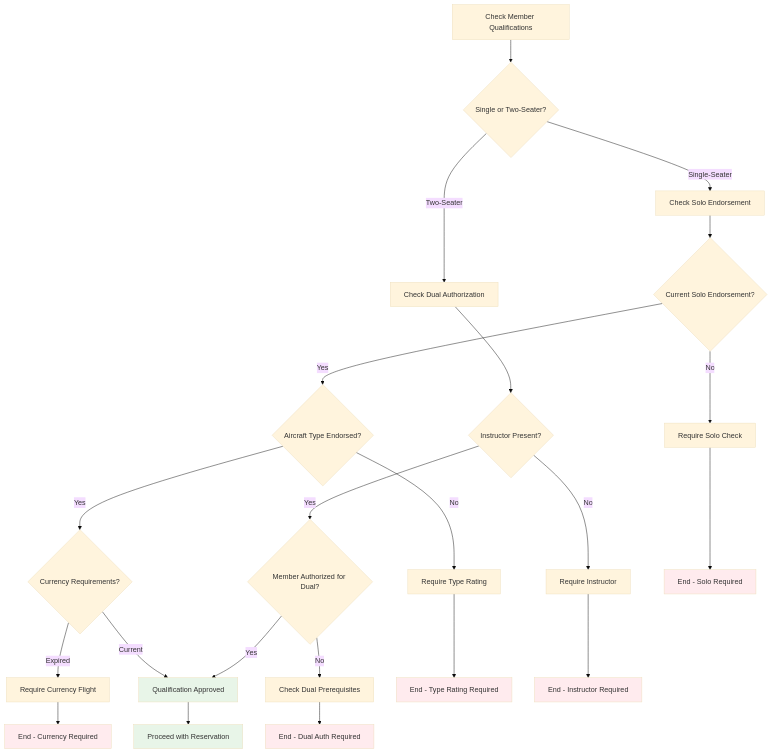
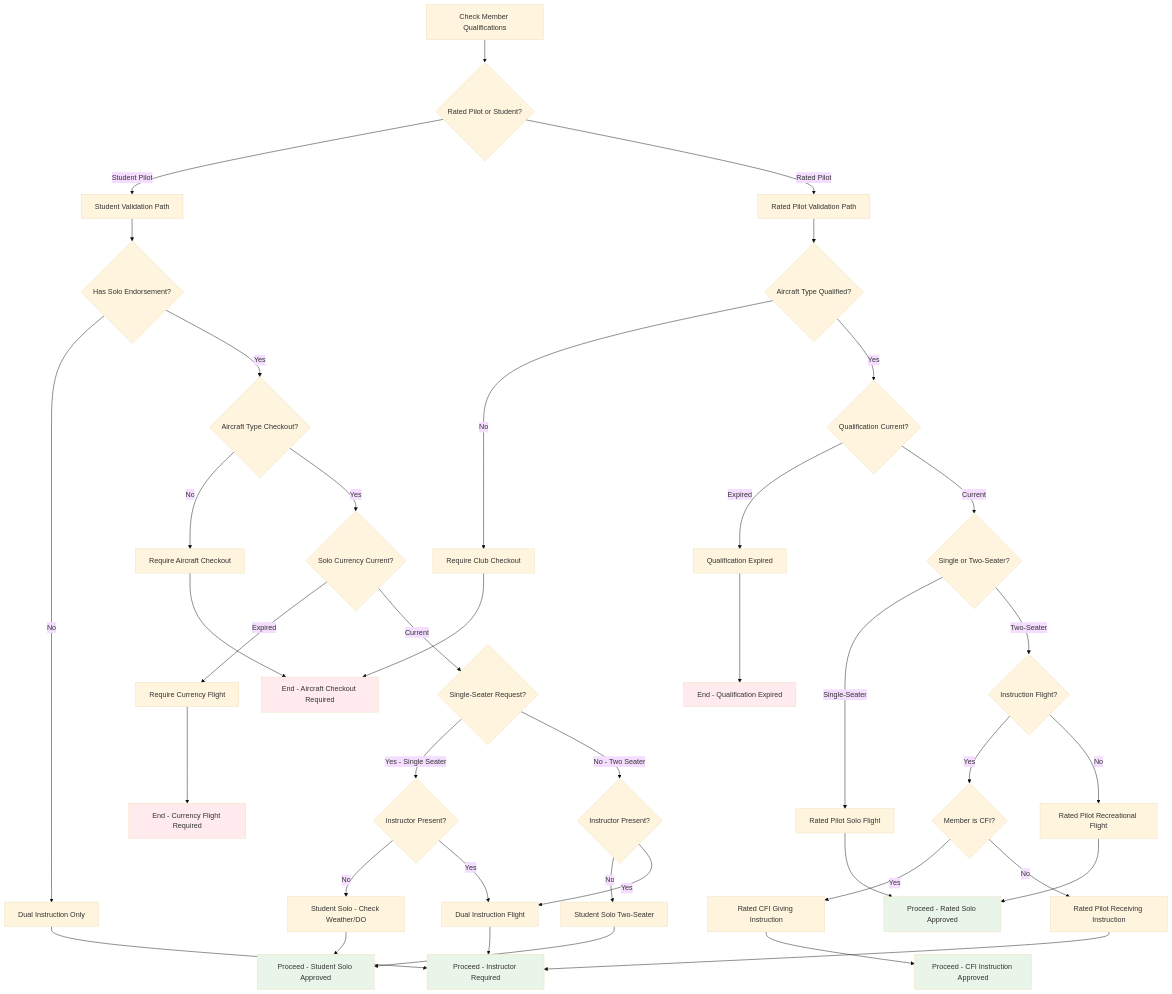
The second of 6 diagrams in docs/workflows/issue-190-glider-reservation-design.md (pietbarber/Manage2Soar), drawn with Mermaid (base theme) before and after one commit.

Commit message:
Refactor qualification validation workflow in glider reservation system to enhance clarity and detail. Update decision paths for rated pilots and student pilots, ensuring accurate checks for endorsements and instructor requirements.

````diff
--- a/docs/workflows/issue-190-glider-reservation-design.md
+++ b/docs/workflows/issue-190-glider-reservation-design.md
@@ -85,37 +85,56 @@
 ```mermaid
 flowchart TD
-    A[Check Member Qualifications] --> B{Single or Two-Seater?}
+    A[Check Member Qualifications] --> B{Rated Pilot or Student?}
     
-    B -->|Single-Seater| C[Check Solo Endorsement]
-    B -->|Two-Seater| D[Check Dual Authorization]
+    B -->|Student Pilot| C[Student Validation Path]
+    B -->|Rated Pilot| D[Rated Pilot Validation Path]
     
-    C --> E{Current Solo Endorsement?}
-    E -->|No| F[Require Solo Check]
-    E -->|Yes| G{Aircraft Type Endorsed?}
-    G -->|No| H[Require Type Rating]
-    G -->|Yes| I{Currency Requirements?}
+    C --> E{Has Solo Endorsement?}
+    E -->|No| F[Dual Instruction Only]
+    E -->|Yes| G{Aircraft Type Checkout?}
+    G -->|No| H[Require Aircraft Checkout]
+    G -->|Yes| I{Solo Currency Current?}
     I -->|Expired| J[Require Currency Flight]
-    I -->|Current| K[Qualification Approved]
+    I -->|Current| K{Single-Seater Request?}
     
-    D --> L{Instructor Present?}
-    L -->|No| M[Require Instructor]
-    L -->|Yes| N{Member Authorized for Dual?}
-    N -->|No| O[Check Dual Prerequisites]
-    N -->|Yes| K
+    K -->|Yes - Single Seater| L{Instructor Present?}
+    L -->|No| M[Student Solo - Check Weather/DO]
+    L -->|Yes| N[Dual Instruction Flight]
+    K -->|No - Two Seater| O{Instructor Present?}
+    O -->|No| P[Student Solo Two-Seater]
+    O -->|Yes| N
     
-    F --> P[End - Solo Required]
-    H --> Q[End - Type Rating Required]
-    J --> R[End - Currency Required]
-    M --> S[End - Instructor Required]
-    O --> T[End - Dual Auth Required]
+    D --> Q{Aircraft Type Qualified?}
+    Q -->|No| R[Require Club Checkout]
+    Q -->|Yes| S{Qualification Current?}
+    S -->|Expired| T[Qualification Expired]
+    S -->|Current| U{Single or Two-Seater?}
     
-    K --> U[Proceed with Reservation]
+    U -->|Single-Seater| V[Rated Pilot Solo Flight]
+    U -->|Two-Seater| W{Instruction Flight?}
+    W -->|Yes| X{Member is CFI?}
+    X -->|Yes| Y[Rated CFI Giving Instruction]
+    X -->|No| Z[Rated Pilot Receiving Instruction]
+    W -->|No| AA[Rated Pilot Recreational Flight]
     
-    style K fill:#e8f5e8
-    style U fill:#e8f5e8
-    style P fill:#ffebee
-    style Q fill:#ffebee
-    style R fill:#ffebee
-    style S fill:#ffebee
-    style T fill:#ffebee
+    F --> BB[Proceed - Instructor Required]
+    H --> CC[End - Aircraft Checkout Required]
+    J --> DD[End - Currency Flight Required]
+    M --> EE[Proceed - Student Solo Approved]
+    N --> BB
+    P --> EE
+    R --> CC
+    T --> FF[End - Qualification Expired]
+    V --> GG[Proceed - Rated Solo Approved]
+    Y --> HH[Proceed - CFI Instruction Approved]
+    Z --> BB
+    AA --> GG
+    
+    style BB fill:#e8f5e8
+    style EE fill:#e8f5e8
+    style GG fill:#e8f5e8
+    style HH fill:#e8f5e8
+    style CC fill:#ffebee
+    style DD fill:#ffebee
+    style FF fill:#ffebee
 ```
````
